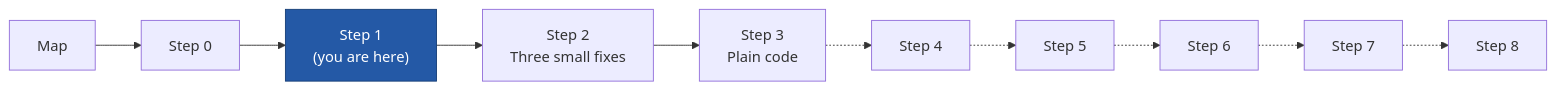
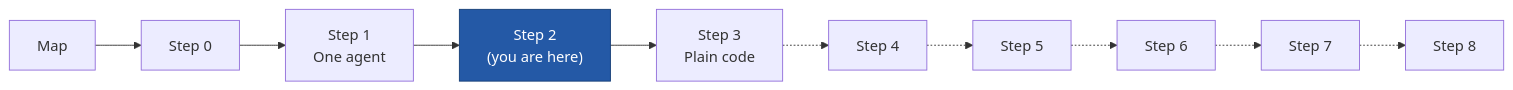
Before and after one commit to SHUBHAMRAJPUT9665/crossexam-ai: the first of 2 diagrams in README.md, drawn with Mermaid. The commit also changed other lines of this file and 1 other file, not shown here.

````diff
--- a/README.md
+++ b/README.md
@@ -18,9 +19,9 @@
 ```mermaid
 graph LR
     MAP[Map] --> S0[Step 0]
-    S0 --> S1["Step 1<br/>(you are here)"]
-    S1 --> S2[Step 2<br/>Three small fixes]
+    S0 --> S1[Step 1<br/>One agent]
+    S1 --> S2["Step 2<br/>(you are here)"]
     S2 --> S3[Step 3<br/>Plain code]
     S3 -.-> S4[Step 4] -.-> S5[Step 5] -.-> S6[Step 6] -.-> S7[Step 7] -.-> S8[Step 8]
-    style S1 fill:#2459A6,stroke:#173F78,color:#fff
+    style S2 fill:#2459A6,stroke:#173F78,color:#fff
 ```
````
